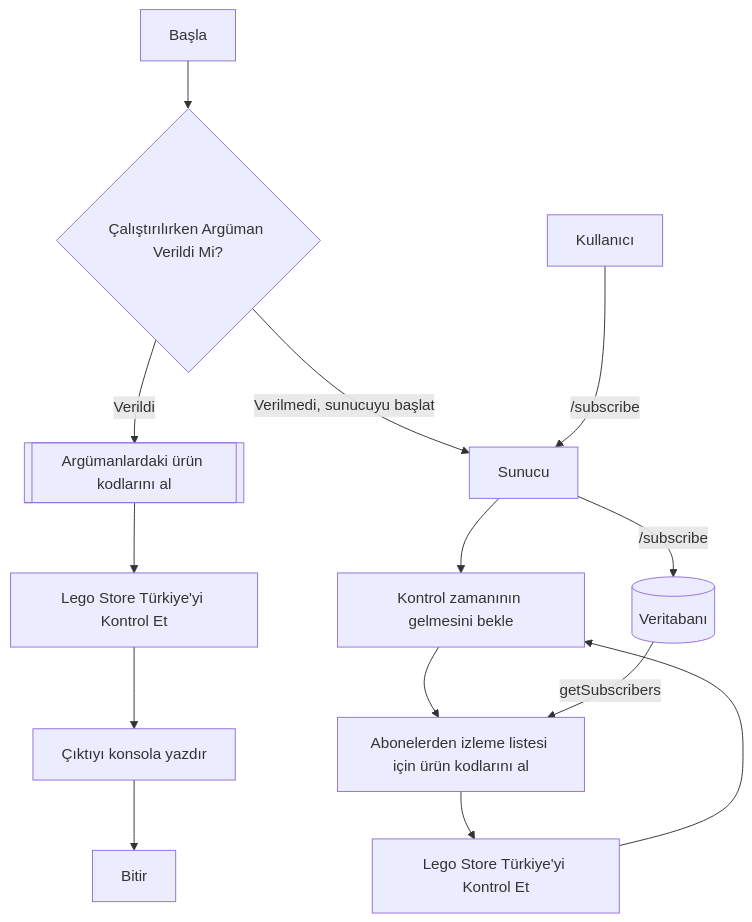
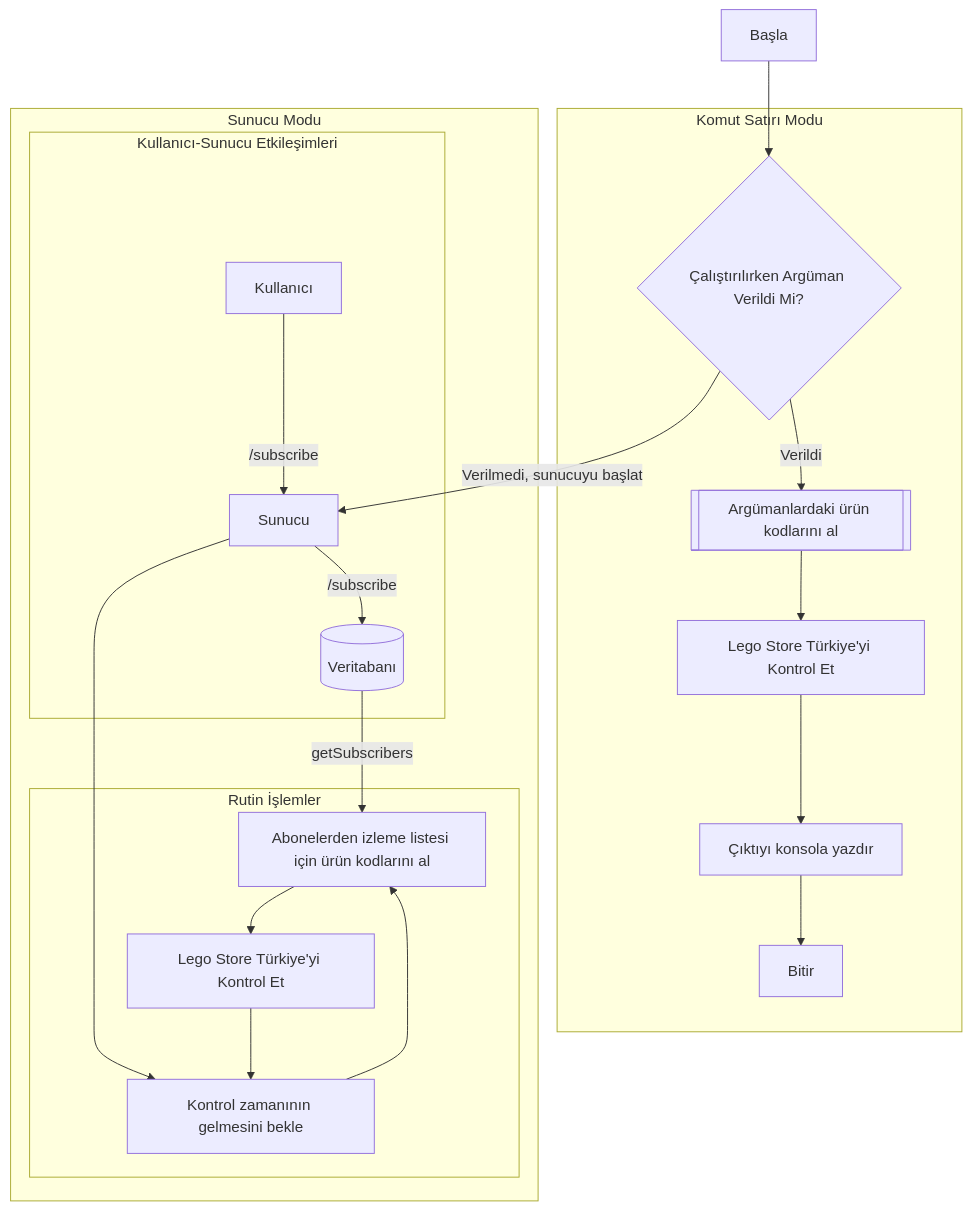
The first of 2 diagrams in readme.md (yussufbiyik/lego-store-stock-checker), drawn with Mermaid before and after one commit.

Commit message:
Improve readability of flowchart in readme.md

````diff
--- a/readme.md
+++ b/readme.md
@@ -11,16 +11,24 @@
 ```mermaid
 graph TD;
     A[Başla] --> B{Çalıştırılırken Argüman Verildi Mi?}
+    subgraph Komut Satırı Modu
     B --> |Verildi| C[[Argümanlardaki ürün kodlarını al]]
     C --> D[Lego Store Türkiye'yi Kontrol Et]
     D --> L[Çıktıyı konsola yazdır]
     L --> M[Bitir]
+    end
+    subgraph Sunucu Modu
     B --> |Verilmedi, sunucuyu başlat| E[Sunucu]
-    E --> G[Kontrol zamanının gelmesini bekle]
+    subgraph Kullanıcı-Sunucu Etkileşimleri
     F[Kullanıcı] --> |/subscribe| E
     E --> |/subscribe| I[(Veritabanı)]
+    end
+    subgraph Rutin İşlemler
+    E --> G[Kontrol zamanının gelmesini bekle]
     G --> J[Abonelerden izleme listesi için ürün kodlarını al]
     I --> |getSubscribers| J
     N --> G
     J --> N[Lego Store Türkiye'yi Kontrol Et]
+    end
+    end
 ```
````
